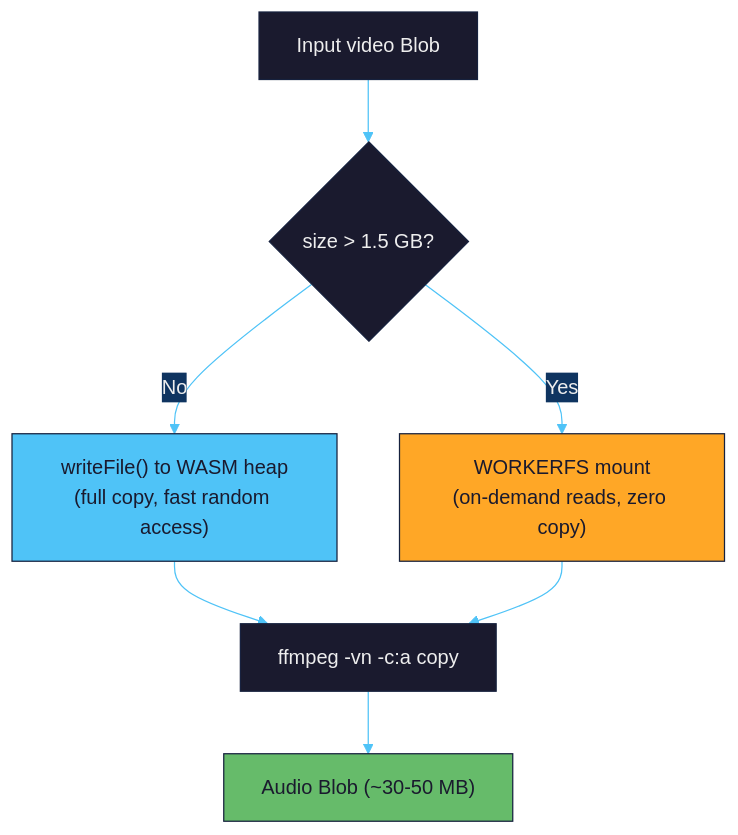
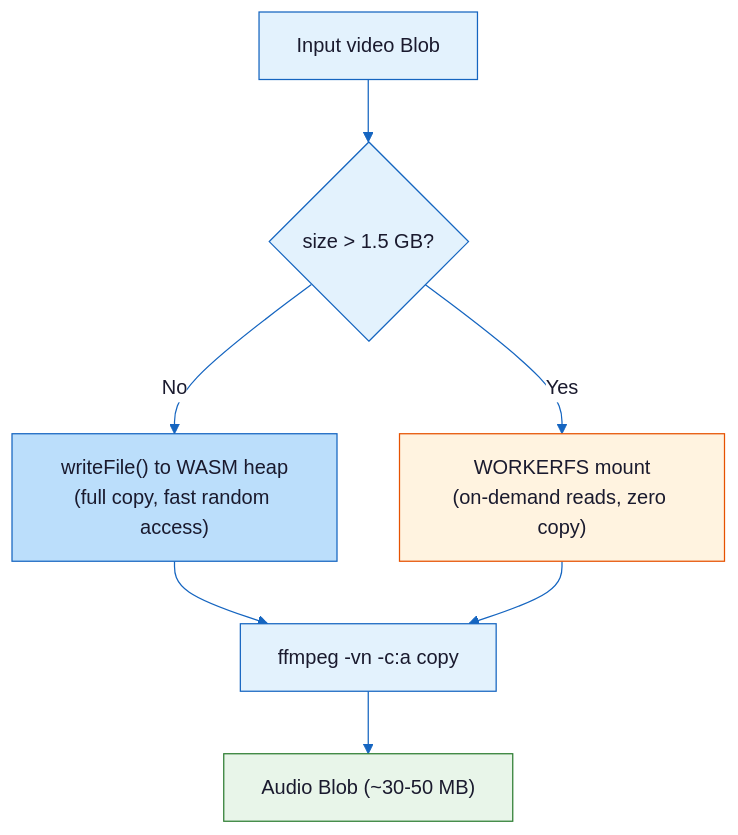
The diagram in docs/diagrams/04-input-mounting-strategy.mmd (gjovanov/audio-waveform), drawn with Mermaid before and after one commit. The commit also changed 13 other files, not shown here.

First line of the commit message:
Re-render diagrams with light/neutral theme for Medium compatibility

```diff
--- a/docs/diagrams/04-input-mounting-strategy.mmd
+++ b/docs/diagrams/04-input-mounting-strategy.mmd
@@ -1,15 +1,15 @@
-%%{init: {'theme': 'base', 'themeVariables': {'primaryColor': '#1a1a2e', 'primaryTextColor': '#eee', 'primaryBorderColor': '#16213e', 'lineColor': '#4fc3f7', 'secondaryColor': '#0f3460'}}}%%
+%%{init: {'theme': 'base', 'themeVariables': {'primaryColor': '#e3f2fd', 'primaryTextColor': '#1a1a2e', 'primaryBorderColor': '#1565c0', 'lineColor': '#1565c0', 'secondaryColor': '#fff3e0', 'background': '#ffffff', 'nodeBorder': '#1565c0', 'edgeLabelBackground': '#ffffff'}}}%%
 flowchart TD
     INPUT["Input video Blob"] --> SIZE{"size > 1.5 GB?"}
 
     SIZE -->|"No"| SMALL["writeFile() to WASM heap<br/>(full copy, fast random access)"]
     SIZE -->|"Yes"| LARGE["WORKERFS mount<br/>(on-demand reads, zero copy)"]
 
     SMALL --> EXTRACT["ffmpeg -vn -c:a copy"]
     LARGE --> EXTRACT
 
     EXTRACT --> OUTPUT["Audio Blob (~30-50 MB)"]
 
-    style SMALL fill:#4fc3f7,color:#1a1a2e
-    style LARGE fill:#ffa726,color:#1a1a2e
-    style OUTPUT fill:#66bb6a,color:#1a1a2e
+    style SMALL fill:#bbdefb,stroke:#1565c0,color:#1a1a2e
+    style LARGE fill:#fff3e0,stroke:#e65100,color:#1a1a2e
+    style OUTPUT fill:#e8f5e9,stroke:#2e7d32,color:#1a1a2e
```
